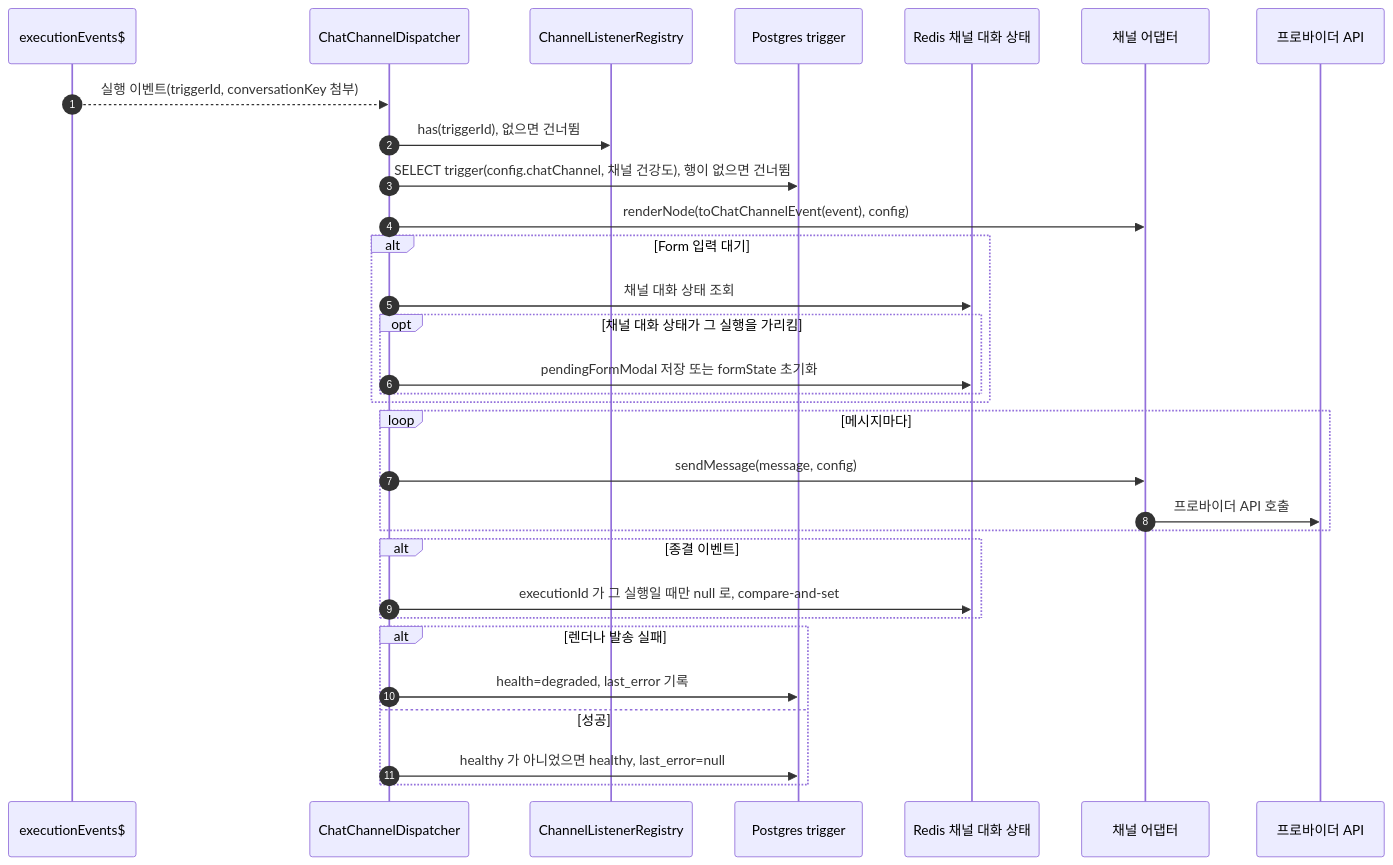
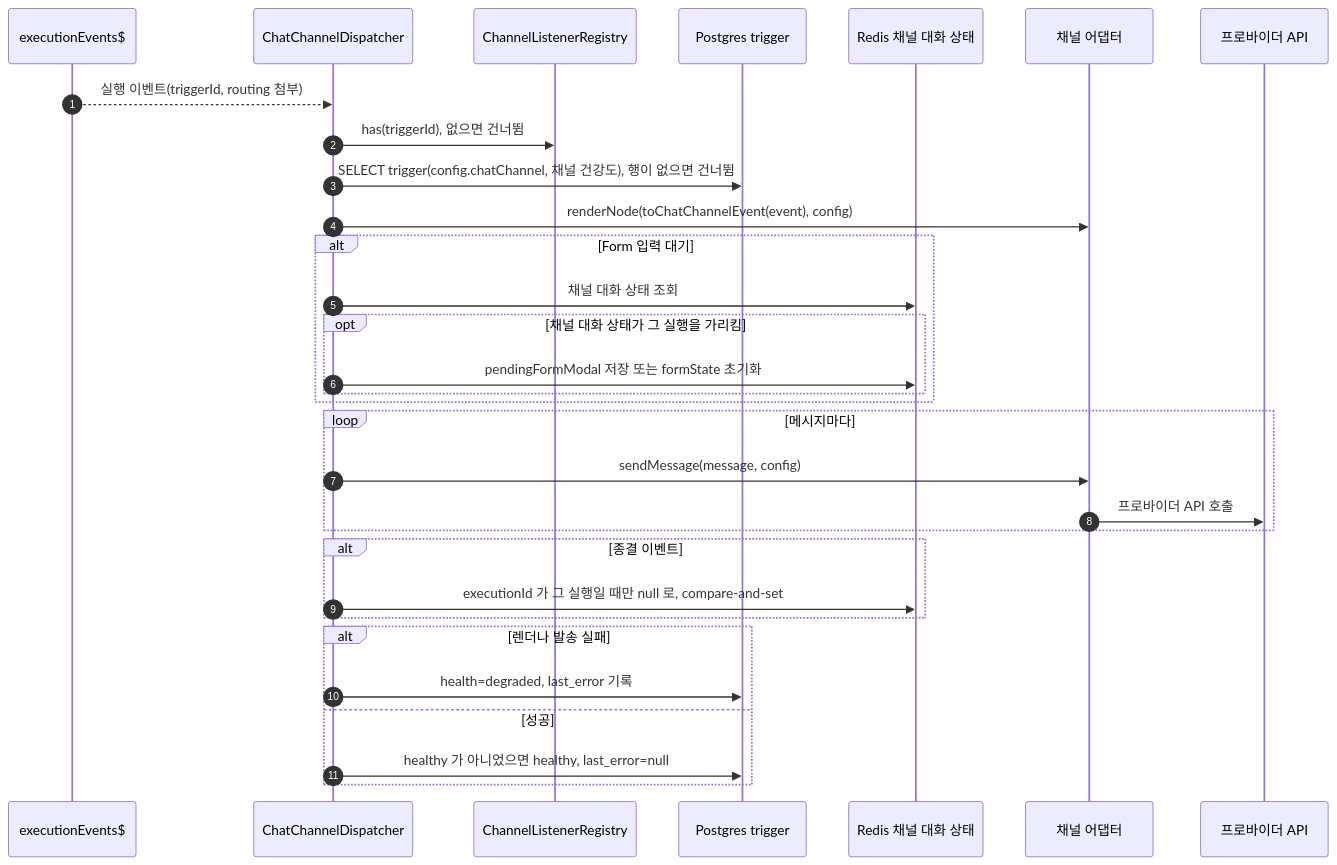
One commit to worker-ants/clemvion changed the second of 2 diagrams in spec/CLE-CHAT/CLE-CHAT-DATA-FLOW.md. Above: the diagram before and after it, drawn with Mermaid. The commit also changed other lines of this file and 1 other file, not shown here.

Commit message:
spec: CLE-CHAT-DATA-FLOW v8 · CLE-CHAT-CORE-LISTENER v2 승인본 미러를 받는다 (CLE-T-DV6PN7)

````diff
--- a/spec/CLE-CHAT/CLE-CHAT-DATA-FLOW.md
+++ b/spec/CLE-CHAT/CLE-CHAT-DATA-FLOW.md
@@ -144,33 +144,33 @@
 ```mermaid
 sequenceDiagram
   autonumber
   participant WS as executionEvents$
   participant D as ChatChannelDispatcher
   participant Reg as ChannelListenerRegistry
   participant PG as Postgres trigger
   participant R as Redis 채널 대화 상태
   participant Ad as 채널 어댑터
   participant Ext as 프로바이더 API
-  WS-->>D: 실행 이벤트(triggerId, conversationKey 첨부)
+  WS-->>D: 실행 이벤트(triggerId, routing 첨부)
   D->>Reg: has(triggerId), 없으면 건너뜀
   D->>PG: SELECT trigger(config.chatChannel, 채널 건강도), 행이 없으면 건너뜀
   D->>Ad: renderNode(toChatChannelEvent(event), config)
   alt Form 입력 대기
     D->>R: 채널 대화 상태 조회
     opt 채널 대화 상태가 그 실행을 가리킴
       D->>R: pendingFormModal 저장 또는 formState 초기화
     end
   end
   loop 메시지마다
     D->>Ad: sendMessage(message, config)
     Ad->>Ext: 프로바이더 API 호출
   end
   alt 종결 이벤트
     D->>R: executionId 가 그 실행일 때만 null 로, compare-and-set
   end
   alt 렌더나 발송 실패
     D->>PG: health=degraded, last_error 기록
   else 성공
     D->>PG: healthy 가 아니었으면 healthy, last_error=null
   end
 ```
````
